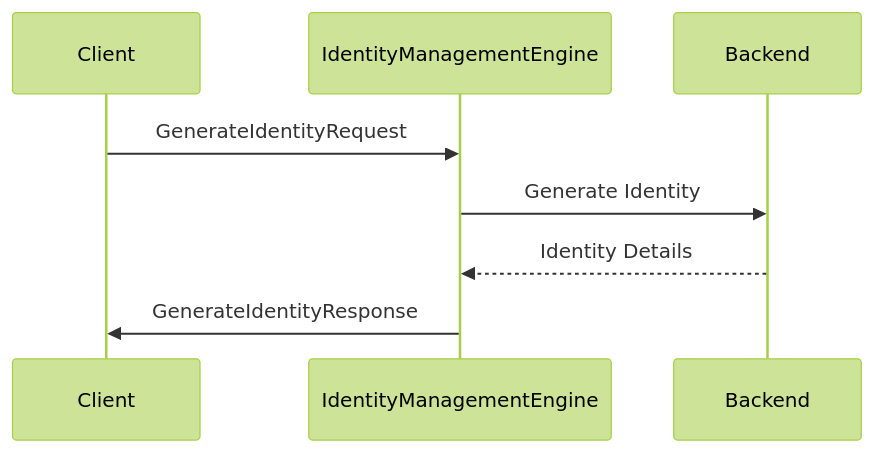
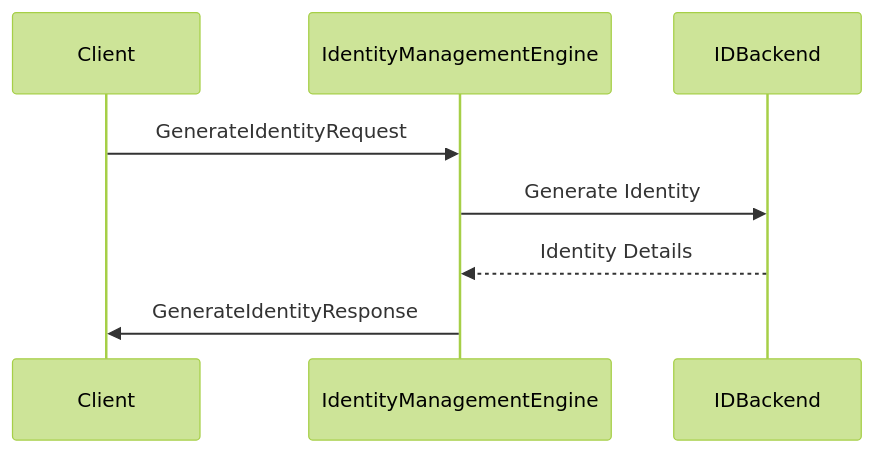
The diagram in docs/node_architecture/engines/identity_management_overview.juvix.md (anoma/nspec), drawn with Mermaid (forest theme) before and after one commit. The commit also changed other lines of this file and 10 other files, not shown here.

````diff
--- a/docs/node_architecture/engines/identity_management_overview.juvix.md
+++ b/docs/node_architecture/engines/identity_management_overview.juvix.md
@@ -160,10 +160,10 @@
 ```mermaid
 sequenceDiagram
     participant Client
     participant IdentityManagementEngine
 
     Client ->> IdentityManagementEngine: GenerateIdentityRequest
-    IdentityManagementEngine ->> Backend: Generate Identity
-    Backend -->> IdentityManagementEngine: Identity Details
+    IdentityManagementEngine ->> IDBackend: Generate Identity
+    IDBackend -->> IdentityManagementEngine: Identity Details
     IdentityManagementEngine ->> Client: GenerateIdentityResponse
 ```
````
